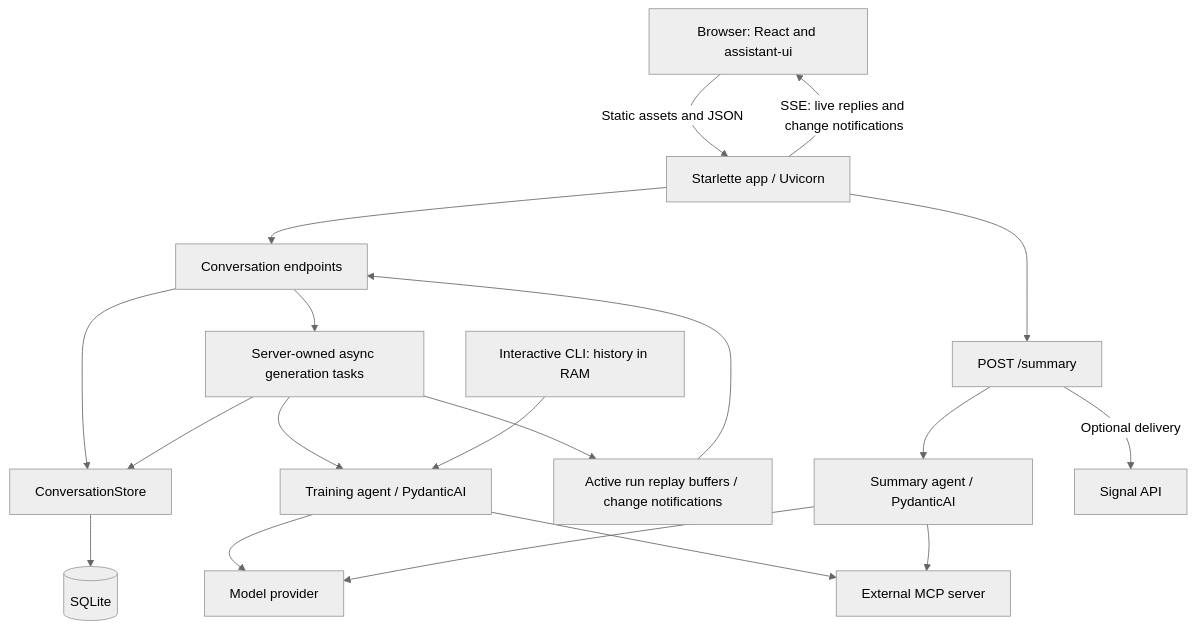
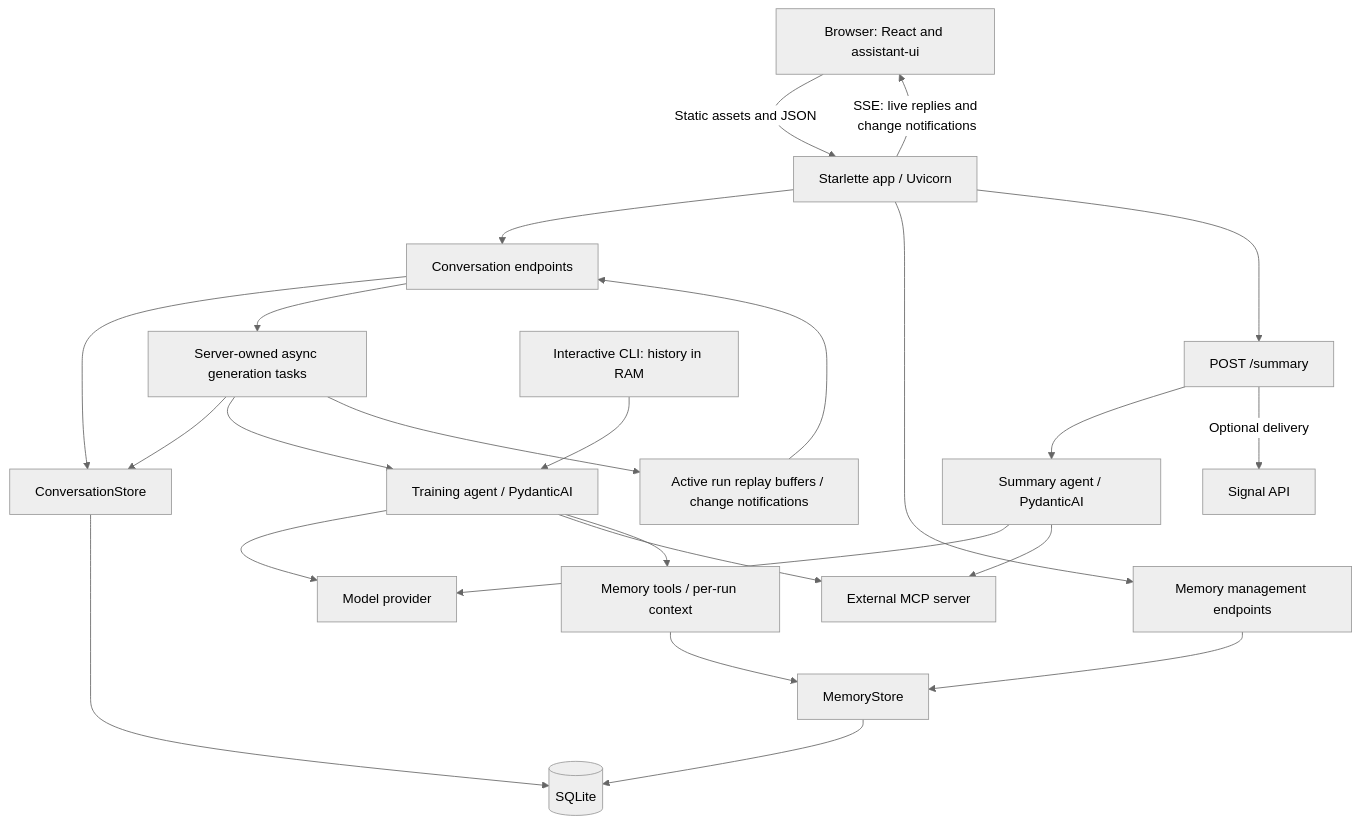
The first of 2 diagrams in docs/application-components.md (atorma/training-ai), drawn with Mermaid (neutral theme) before and after one commit. The commit also changed other lines of this file and 38 other files, not shown here.

````diff
--- a/docs/application-components.md
+++ b/docs/application-components.md
@@ -5,21 +5,26 @@
 ```mermaid
 flowchart TD
     Browser[Browser: React and assistant-ui] -->|Static assets and JSON| Web[Starlette app / Uvicorn]
     Web -->|SSE: live replies and change notifications| Browser
     Web --> Chat[Conversation endpoints]
     Chat --> Store[ConversationStore]
     Store --> DB[(SQLite)]
     Chat --> Tasks[Server-owned async generation tasks]
     Tasks --> Store
     Tasks --> Training[Training agent / PydanticAI]
     Tasks --> Events[Active run replay buffers / change notifications]
     Events --> Chat
     Training --> Provider[Model provider]
     Training --> MCP[External MCP server]
+    Training --> Memory[Memory tools / per-run context]
+    Web --> MemoryAPI[Memory management endpoints]
+    MemoryAPI --> MemoryStore[MemoryStore]
+    Memory --> MemoryStore
+    MemoryStore --> DB
     Web --> Summary[POST /summary]
     Summary --> SummaryAgent[Summary agent / PydanticAI]
     SummaryAgent --> Provider
     SummaryAgent --> MCP
     Summary -->|Optional delivery| Signal[Signal API]
     CLI[Interactive CLI: history in RAM] --> Training
 ```
````
